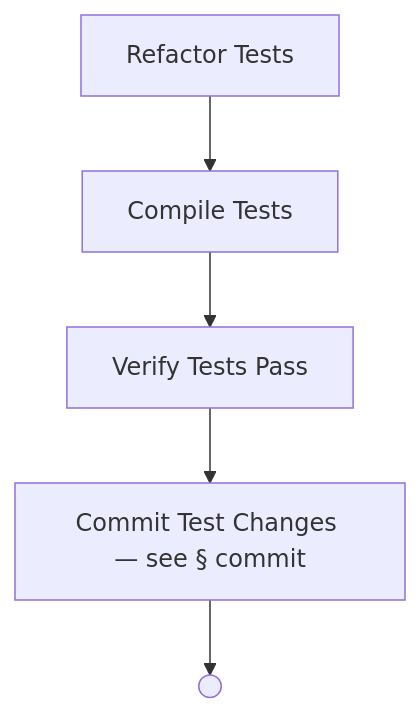
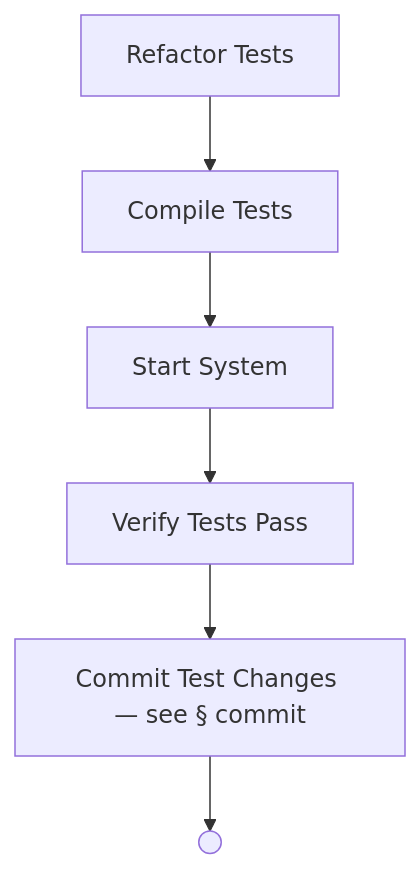
Before and after one commit to optivem/gh-optivem: diagram 21 of 53 in docs/process-diagram.md, drawn with Mermaid. The commit also changed other lines of this file and 16 other files, not shown here.

Commit message:
atdd: regenerate process-flow diagram

````diff
--- a/docs/process-diagram.md
+++ b/docs/process-diagram.md
@@ -398,13 +410,15 @@
 ```mermaid
 flowchart TD
     COMMIT_TESTS[Commit Test Changes — see § commit]
     COMPILE_TESTS[Compile Tests]
     REFACTOR_AND_VERIFY_TESTS_END(( ))
     REFACTOR_TESTS[Refactor Tests]
+    START_SYSTEM[Start System]
     VERIFY_TESTS_PASS[Verify Tests Pass]
 
     REFACTOR_TESTS --> COMPILE_TESTS
-    COMPILE_TESTS --> VERIFY_TESTS_PASS
+    COMPILE_TESTS --> START_SYSTEM
+    START_SYSTEM --> VERIFY_TESTS_PASS
     VERIFY_TESTS_PASS --> COMMIT_TESTS
     COMMIT_TESTS --> REFACTOR_AND_VERIFY_TESTS_END
 ```
````
